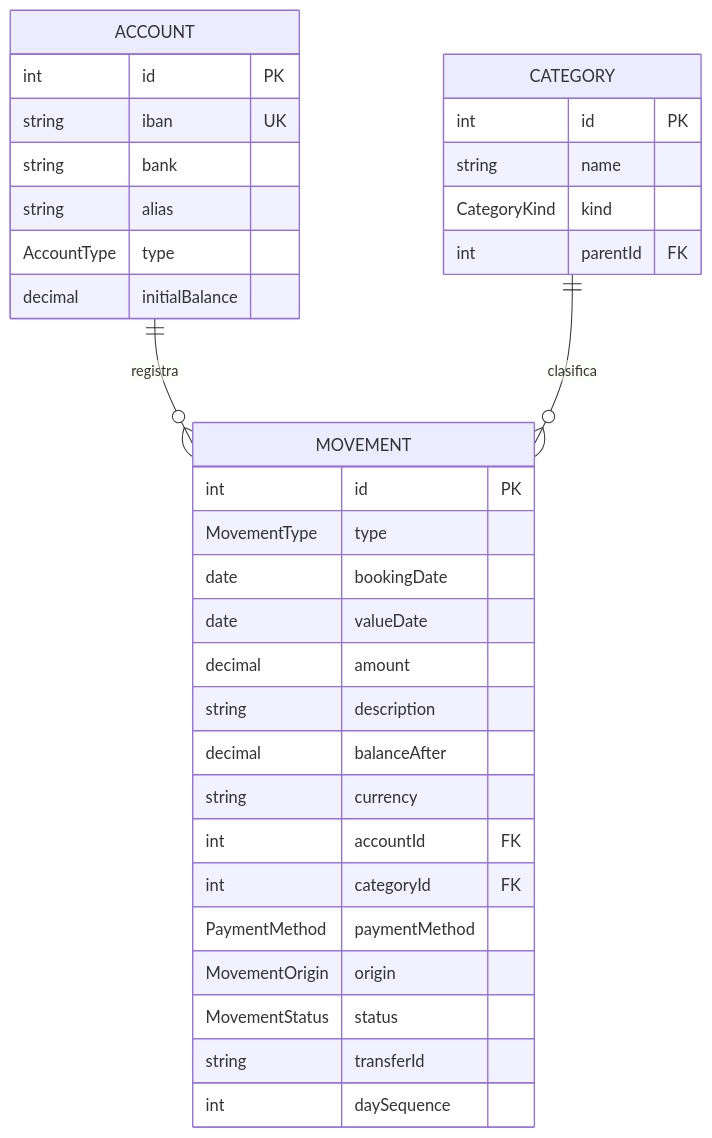
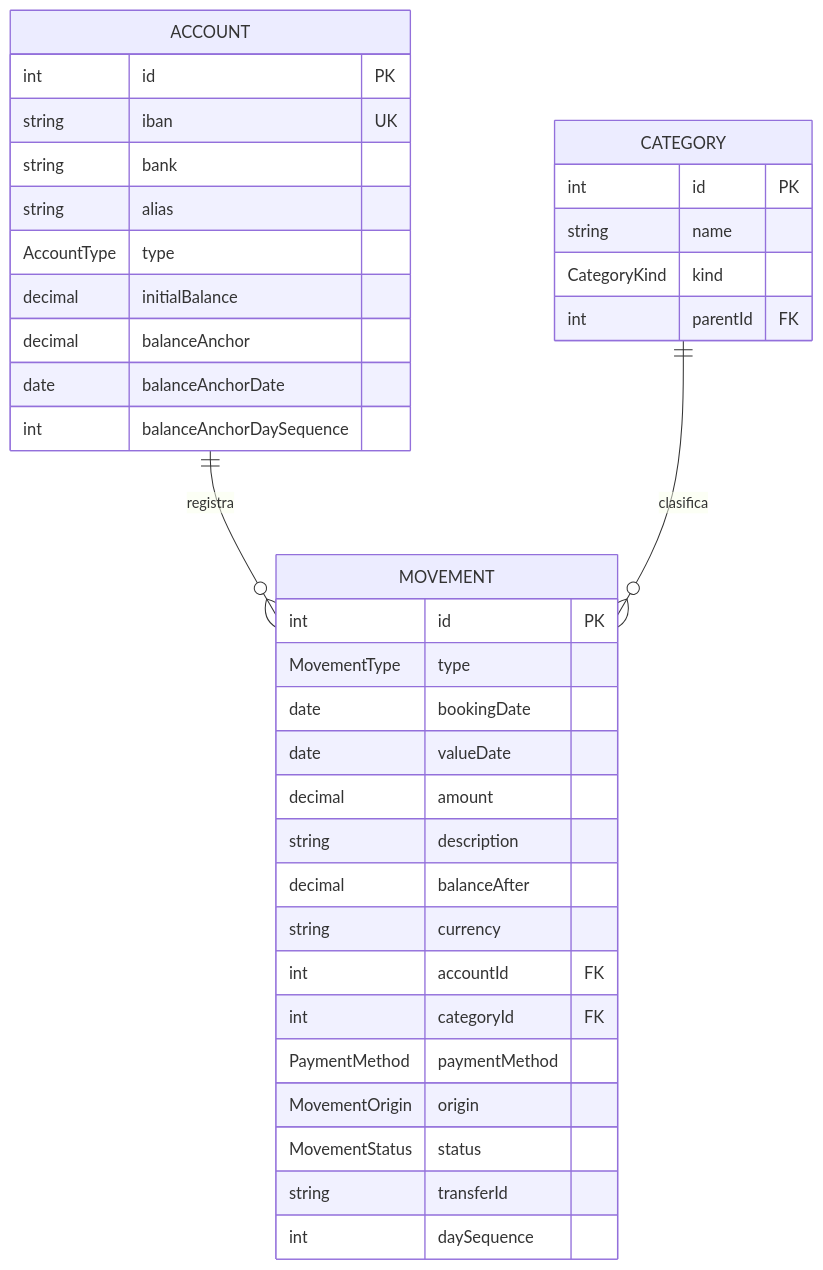
Before and after one commit to wanyos/control-gastos-backend: the first of 2 diagrams in docs/data-model.md, drawn with Mermaid. The commit also changed other lines of this file and 35 other files, not shown here.

````diff
--- a/docs/data-model.md
+++ b/docs/data-model.md
@@ -65,36 +71,39 @@
 ```mermaid
 erDiagram
     ACCOUNT ||--o{ MOVEMENT : registra
     CATEGORY ||--o{ MOVEMENT : clasifica
     ACCOUNT {
         int id PK
         string iban UK
         string bank
         string alias
         AccountType type
         decimal initialBalance
+        decimal balanceAnchor
+        date balanceAnchorDate
+        int balanceAnchorDaySequence
     }
     CATEGORY {
         int id PK
         string name
         CategoryKind kind
         int parentId FK
     }
     MOVEMENT {
         int id PK
         MovementType type
         date bookingDate
         date valueDate
         decimal amount
         string description
         decimal balanceAfter
         string currency
         int accountId FK
         int categoryId FK
         PaymentMethod paymentMethod
         MovementOrigin origin
         MovementStatus status
         string transferId
         int daySequence
     }
 ```
````
